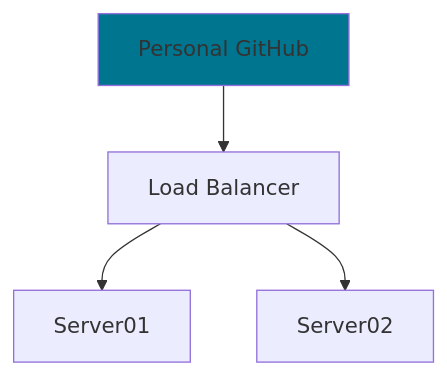
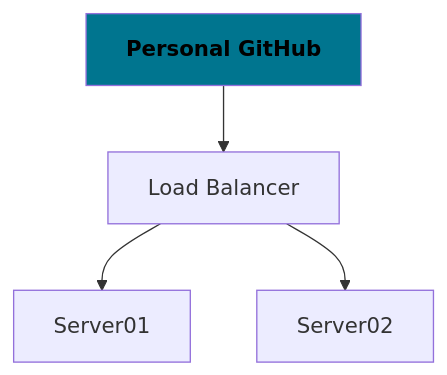
The diagram in profile/README.md (vaido-world/.github), drawn with Mermaid before and after one commit.

````diff
--- a/profile/README.md
+++ b/profile/README.md
@@ -20,9 +20,11 @@
 ```mermaid
 graph TD
   A[Personal GitHub] --> B[Load Balancer]
   B --> C[Server01]
   B --> D[Server02]
   click A "https://github.com/BoQsc" "This is a link"
   style A fill:#00758f
+  style A color:#000000
+  style A font-weight:bold
   linkStyle default color:#0000FF
 ```
````
